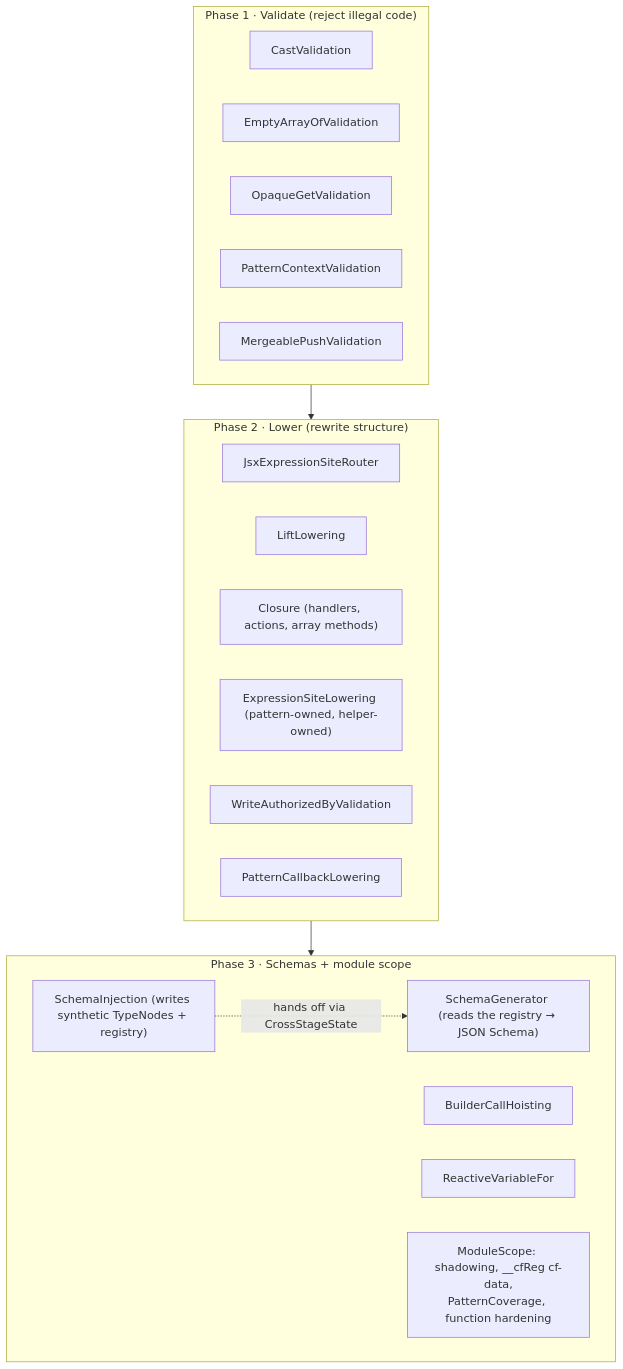
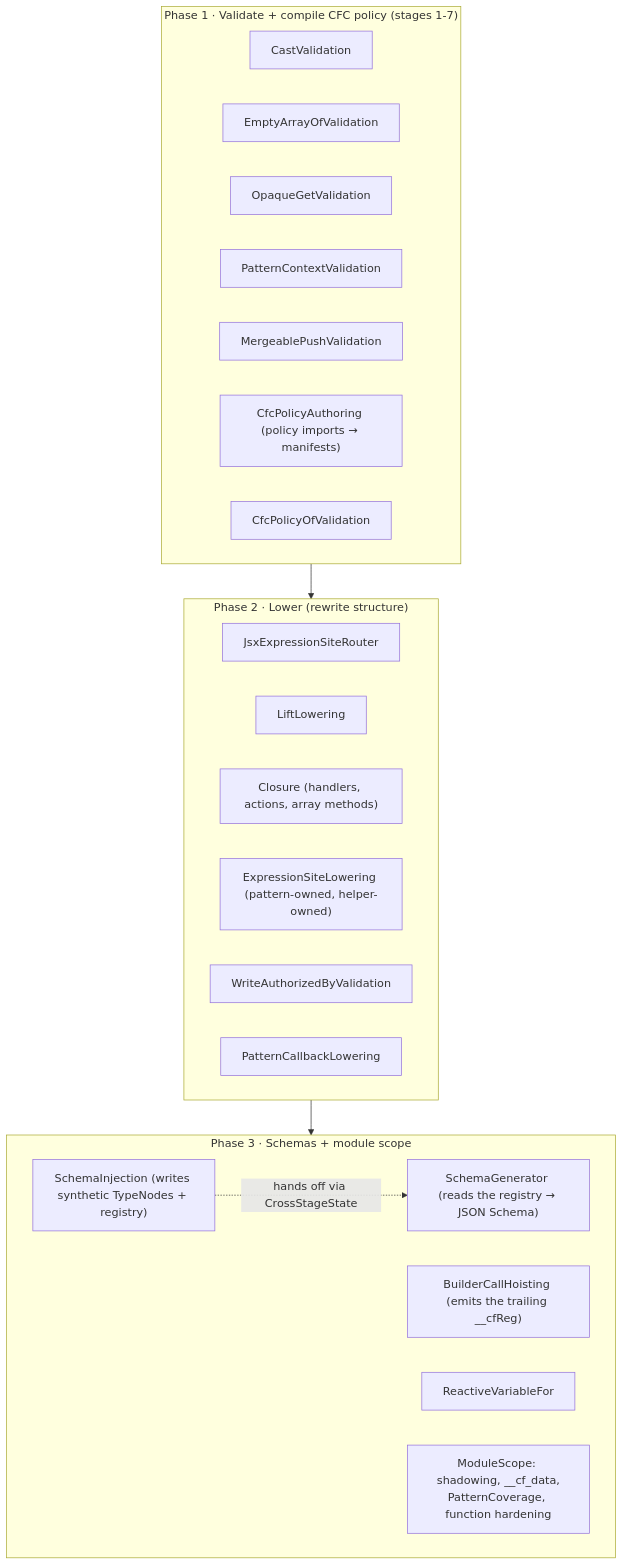
The third of 5 diagrams in docs/development/orientation/compile-pipeline.md (commontoolsinc/labs), drawn with Mermaid before and after one commit. The commit also changed other lines of this file and 5 other files, not shown here.

````diff
--- a/docs/development/orientation/compile-pipeline.md
+++ b/docs/development/orientation/compile-pipeline.md
@@ -84,27 +84,29 @@
 ```mermaid
 flowchart TB
-    subgraph p1["Phase 1 · Validate (reject illegal code)"]
+    subgraph p1["Phase 1 · Validate + compile CFC policy (stages 1-7)"]
         v1["CastValidation"]
         v2["EmptyArrayOfValidation"]
         v3["OpaqueGetValidation"]
         v4["PatternContextValidation"]
         v5["MergeablePushValidation"]
+        v6["CfcPolicyAuthoring (policy imports → manifests)"]
+        v7["CfcPolicyOfValidation"]
     end
     subgraph p2["Phase 2 · Lower (rewrite structure)"]
         l1["JsxExpressionSiteRouter"]
         l2["LiftLowering"]
         l3["Closure (handlers, actions, array methods)"]
         l4["ExpressionSiteLowering (pattern-owned, helper-owned)"]
         l4b["WriteAuthorizedByValidation"]
         l5["PatternCallbackLowering"]
     end
     subgraph p3["Phase 3 · Schemas + module scope"]
         s1["SchemaInjection (writes synthetic TypeNodes + registry)"]
-        s2["BuilderCallHoisting"]
+        s2["BuilderCallHoisting (emits the trailing __cfReg)"]
         s3["SchemaGenerator (reads the registry → JSON Schema)"]
         s4["ReactiveVariableFor"]
-        s5["ModuleScope: shadowing, __cfReg cf-data,<br/>PatternCoverage, function hardening"]
+        s5["ModuleScope: shadowing, __cf_data,<br/>PatternCoverage, function hardening"]
     end
     p1 --> p2 --> p3
     s1 -.->|"hands off via CrossStageState"| s3
 ```
````
